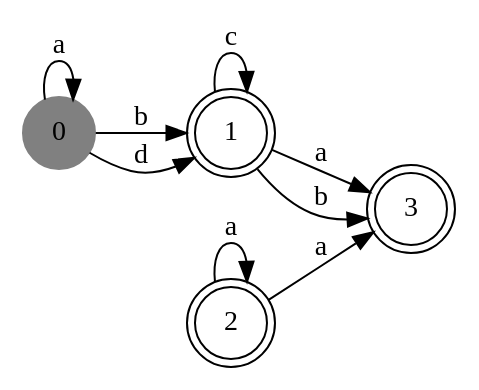
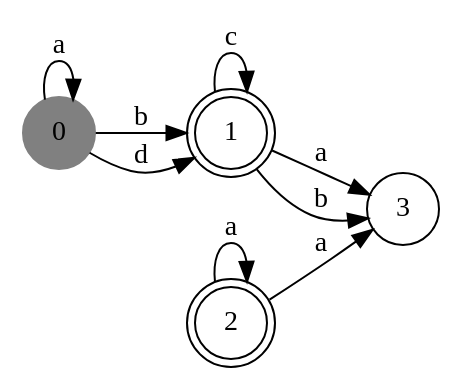
The diagram in test.dot (RED-AUtoMate/Automates), drawn with Graphviz before and after one commit. The commit also changed 10 other files, not shown here.

```diff
--- a/test.dot
+++ b/test.dot
@@ -1,17 +1,16 @@
 digraph automate {
 	rankdir=LR;
 	size="8,5";
     node  [shape = circle];
     0  [style = "filled",color ="gray"];
     2  [shape = "doublecircle"];
     1  [shape = "doublecircle"];
-    3  [shape = "doublecircle"];
     0 -> 0 [label= "a"];
     0 -> 1 [label= "b"];
     0 -> 1 [label= "d"];
     1 -> 1 [label= "c"];
     1 -> 3 [label= "a"];
     1 -> 3 [label= "b"];
     2 -> 2 [label= "a"];
     2 -> 3 [label= "a"];
 }
```
